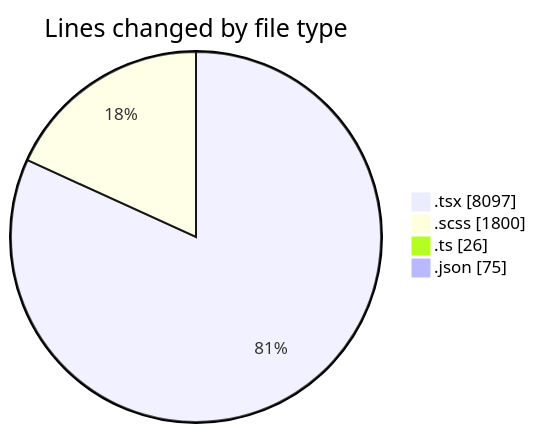
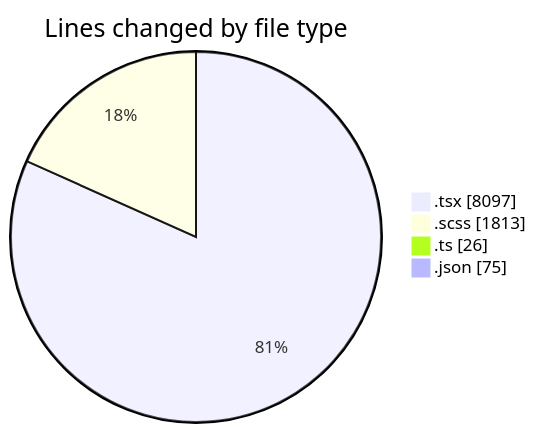
One commit to momahboobian/code-tracking changed the first of 2 diagrams in 2025-04-09/cda/README.md. Above: the diagram before and after it, drawn with Mermaid. The commit also changed other lines of this file and 1 other file, not shown here.

````diff
--- a/2025-04-09/cda/README.md
+++ b/2025-04-09/cda/README.md
@@ -47,8 +47,8 @@
 ```mermaid
 pie showData
 title Lines changed by file type
 ".tsx" : 8097
-".scss" : 1800
+".scss" : 1813
 ".ts" : 26
 ".json" : 75
 ```
````
